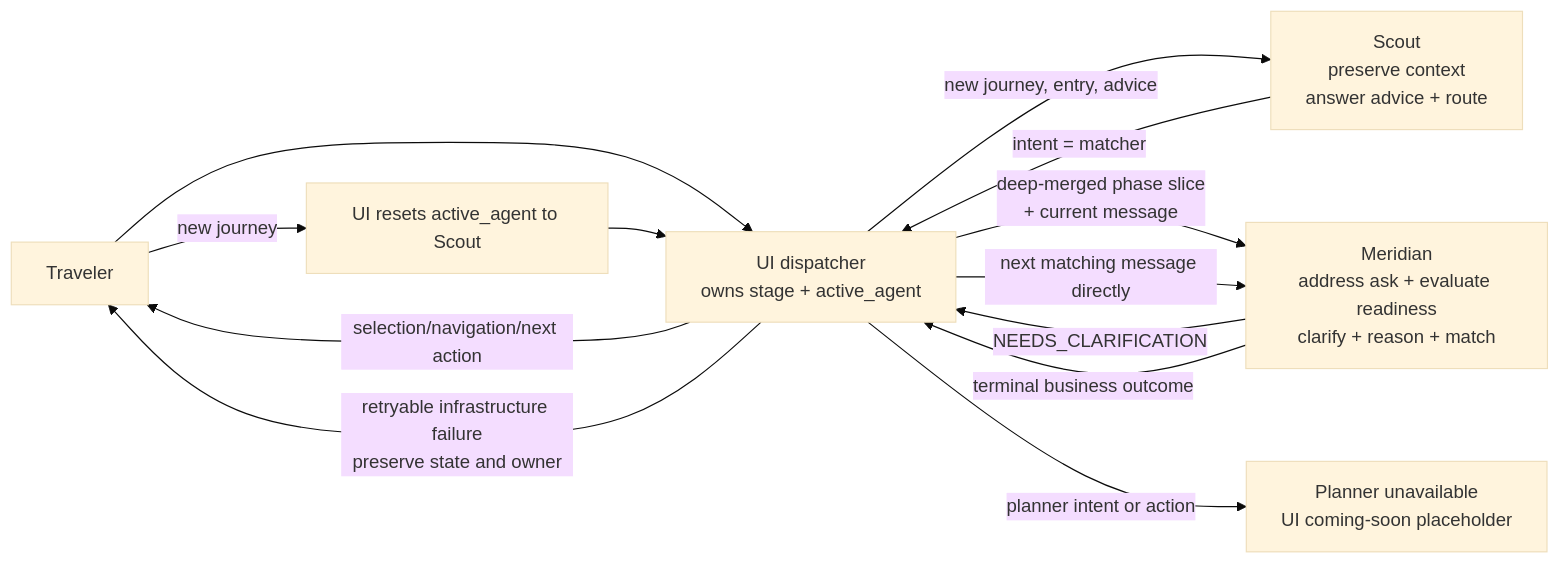
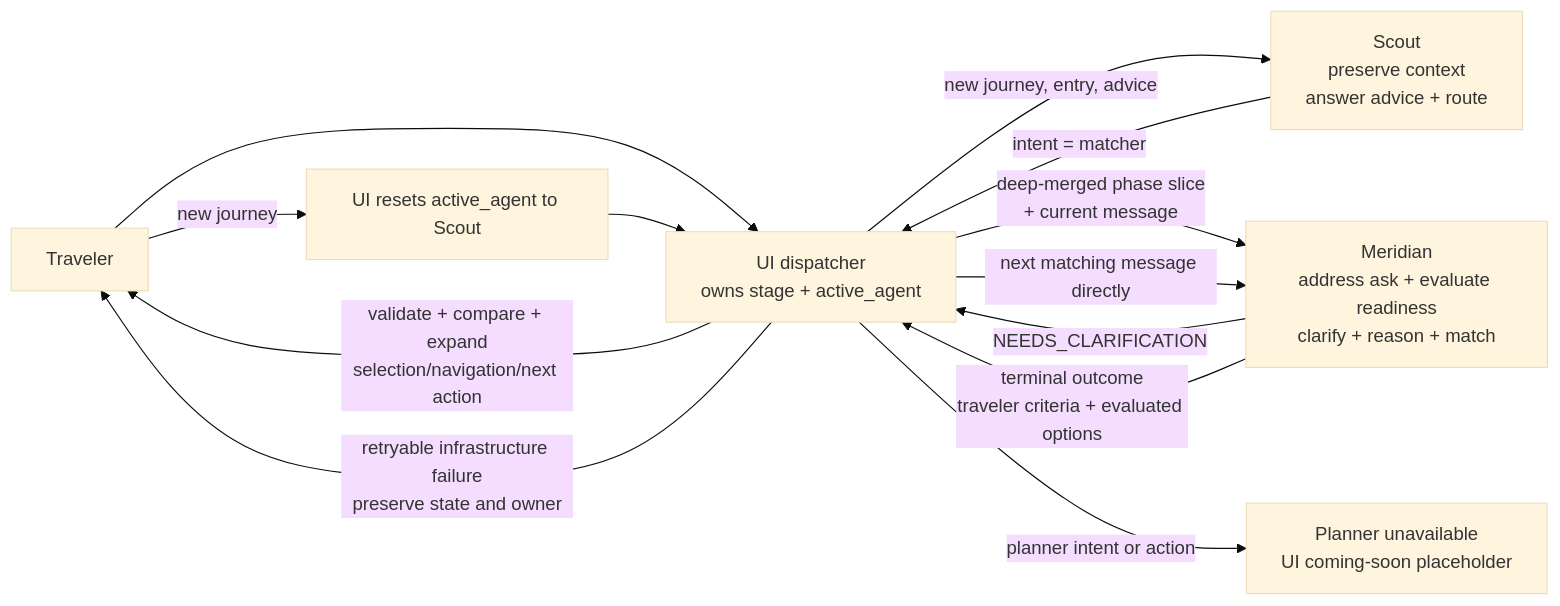
One commit to agarwalnaina1496/TWM_Docs changed the diagram in ARCHITECTURE.md. Above: the diagram before and after it, drawn with Mermaid (base theme). The commit also changed other lines of this file and 7 other files, not shown here.

````diff
--- a/ARCHITECTURE.md
+++ b/ARCHITECTURE.md
@@ -24,14 +24,14 @@
 ```mermaid
 flowchart LR
     Traveler["Traveler"] --> UI["UI dispatcher<br/>owns stage + active_agent"]
     UI -->|new journey, entry, advice| Scout["Scout<br/>preserve context<br/>answer advice + route"]
     Scout -->|intent = matcher| UI
     UI -->|deep-merged phase slice<br/>+ current message| Meridian["Meridian<br/>address ask + evaluate readiness<br/>clarify + reason + match"]
     Meridian -->|NEEDS_CLARIFICATION| UI
     UI -->|next matching message directly| Meridian
-    Meridian -->|terminal business outcome| UI
-    UI -->|selection/navigation/next action| Traveler
+    Meridian -->|terminal outcome<br/>traveler criteria + evaluated options| UI
+    UI -->|validate + compare + expand<br/>selection/navigation/next action| Traveler
     UI -->|planner intent or action| Placeholder["Planner unavailable<br/>UI coming-soon placeholder"]
     UI -->|retryable infrastructure failure<br/>preserve state and owner| Traveler
     Traveler -->|new journey| Reset["UI resets active_agent to Scout"] --> UI
 ```
````
